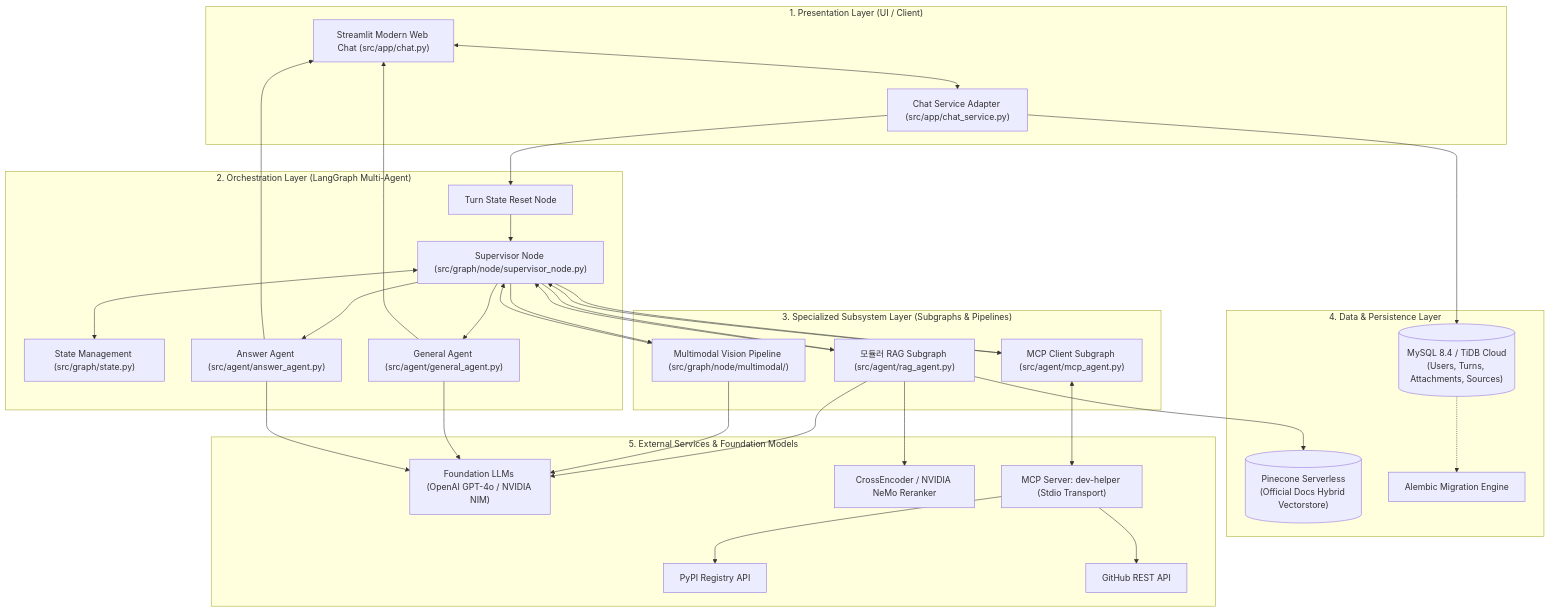
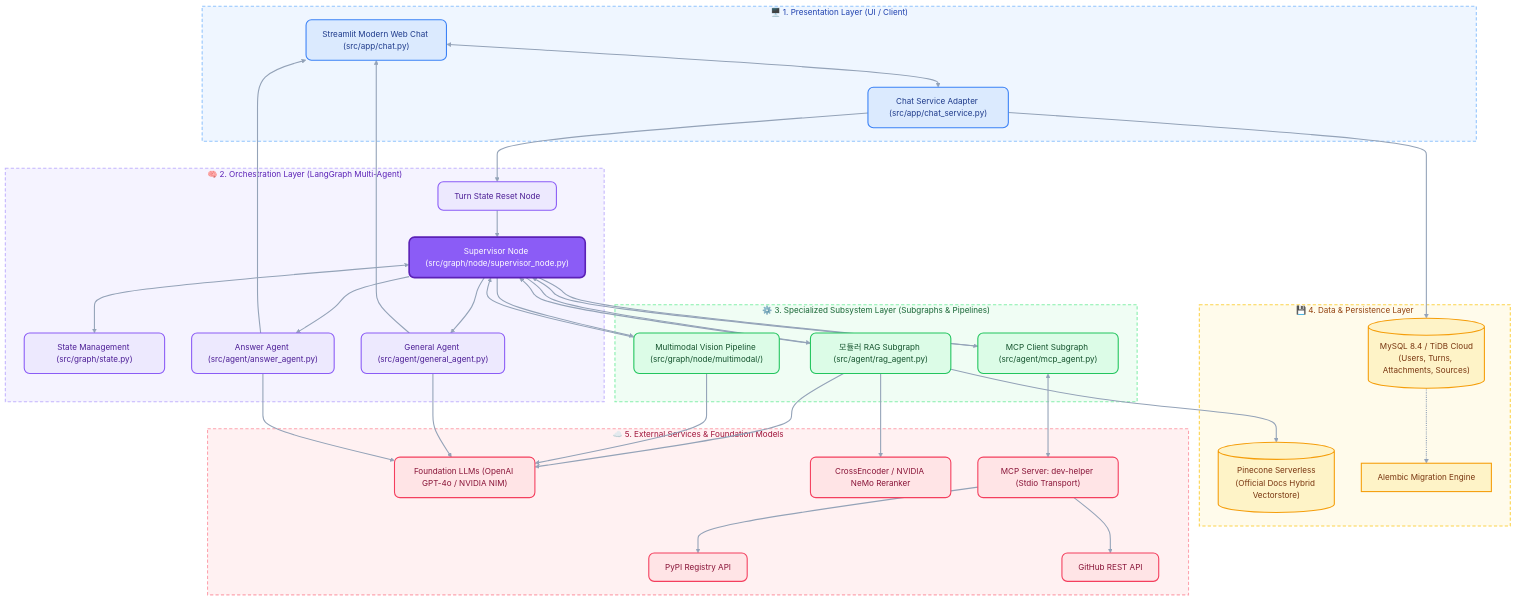
Before and after one commit to SKNETWORKS-FAMILY-AICAMP/SKN35-3rd-2Team: the first of 4 diagrams in 시스템 아키텍쳐.md, drawn with Mermaid. The commit also changed other lines of this file and 1 other file, not shown here.

````diff
--- a/시스템 아키텍쳐.md
+++ b/시스템 아키텍쳐.md
@@ -30,11 +30,12 @@
 ```mermaid
+%%{init: {'theme':'base','themeVariables':{'fontFamily':'Pretendard, Noto Sans KR, sans-serif','fontSize':'15px','lineColor':'#64748b','primaryTextColor':'#1e293b'}}}%%
 graph TB
-    subgraph Layer1 ["1. Presentation Layer (UI / Client)"]
+    subgraph Layer1 ["🖥️ 1. Presentation Layer (UI / Client)"]
         UI["Streamlit Modern Web Chat (src/app/chat.py)"]
         Adapter["Chat Service Adapter (src/app/chat_service.py)"]
     end
 
-    subgraph Layer2 ["2. Orchestration Layer (LangGraph Multi-Agent)"]
+    subgraph Layer2 ["🧠 2. Orchestration Layer (LangGraph Multi-Agent)"]
         State["State Management (src/graph/state.py)"]
         Reset["Turn State Reset Node"]
         Supervisor["Supervisor Node (src/graph/node/supervisor_node.py)"]
@@ -42,19 +43,19 @@
         Answer["Answer Agent (src/agent/answer_agent.py)"]
     end
 
-    subgraph Layer3 ["3. Specialized Subsystem Layer (Subgraphs & Pipelines)"]
+    subgraph Layer3 ["⚙️ 3. Specialized Subsystem Layer (Subgraphs & Pipelines)"]
         RAG["모듈러 RAG Subgraph (src/agent/rag_agent.py)"]
         MCP["MCP Client Subgraph (src/agent/mcp_agent.py)"]
         Vision["Multimodal Vision Pipeline (src/graph/node/multimodal/)"]
     end
 
-    subgraph Layer4 ["4. Data & Persistence Layer"]
+    subgraph Layer4 ["💾 4. Data & Persistence Layer"]
         RDBMS[("MySQL 8.4 / TiDB Cloud\n(Users, Turns, Attachments, Sources)")]
         VectorDB[("Pinecone Serverless\n(Official Docs Hybrid Vectorstore)")]
         Alembic["Alembic Migration Engine"]
     end
 
-    subgraph Layer5 ["5. External Services & Foundation Models"]
+    subgraph Layer5 ["☁️ 5. External Services & Foundation Models"]
         LLM["Foundation LLMs (OpenAI GPT-4o / NVIDIA NIM)"]
         Reranker["CrossEncoder / NVIDIA NeMo Reranker"]
         MCPServer["MCP Server: dev-helper (Stdio Transport)"]
@@ -96,4 +97,27 @@
     Answer --> UI
 
     RDBMS -.-> Alembic
+
+    %% ---------- Styling ----------
+    classDef ui fill:#dbeafe,stroke:#3b82f6,stroke-width:2px,color:#1e3a8a,rx:10,ry:10;
+    classDef orch fill:#ede9fe,stroke:#8b5cf6,stroke-width:2px,color:#4c1d95,rx:10,ry:10;
+    classDef core fill:#8b5cf6,stroke:#5b21b6,stroke-width:3px,color:#ffffff,rx:10,ry:10;
+    classDef sub fill:#dcfce7,stroke:#22c55e,stroke-width:2px,color:#14532d,rx:10,ry:10;
+    classDef data fill:#fef3c7,stroke:#f59e0b,stroke-width:2px,color:#78350f;
+    classDef ext fill:#ffe4e6,stroke:#f43f5e,stroke-width:2px,color:#881337,rx:10,ry:10;
+
+    class UI,Adapter ui;
+    class State,Reset,General,Answer orch;
+    class Supervisor core;
+    class RAG,MCP,Vision sub;
+    class RDBMS,VectorDB,Alembic data;
+    class LLM,Reranker,MCPServer,PyPI,GitHub ext;
+
+    style Layer1 fill:#eff6ff,stroke:#93c5fd,stroke-width:2px,stroke-dasharray:6 4,color:#1e40af
+    style Layer2 fill:#f5f3ff,stroke:#c4b5fd,stroke-width:2px,stroke-dasharray:6 4,color:#5b21b6
+    style Layer3 fill:#f0fdf4,stroke:#86efac,stroke-width:2px,stroke-dasharray:6 4,color:#166534
+    style Layer4 fill:#fffbeb,stroke:#fcd34d,stroke-width:2px,stroke-dasharray:6 4,color:#92400e
+    style Layer5 fill:#fff1f2,stroke:#fda4af,stroke-width:2px,stroke-dasharray:6 4,color:#9f1239
+
+    linkStyle default stroke:#94a3b8,stroke-width:2px
 ```
````
